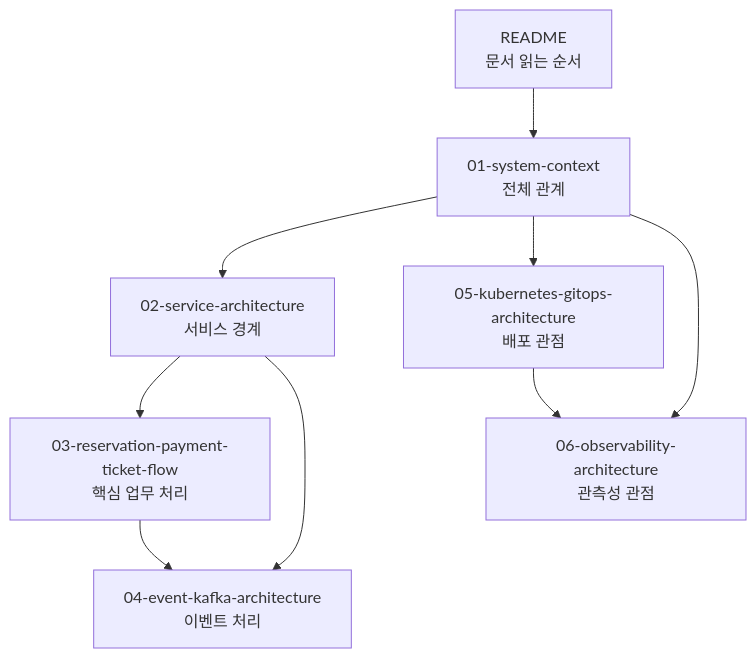
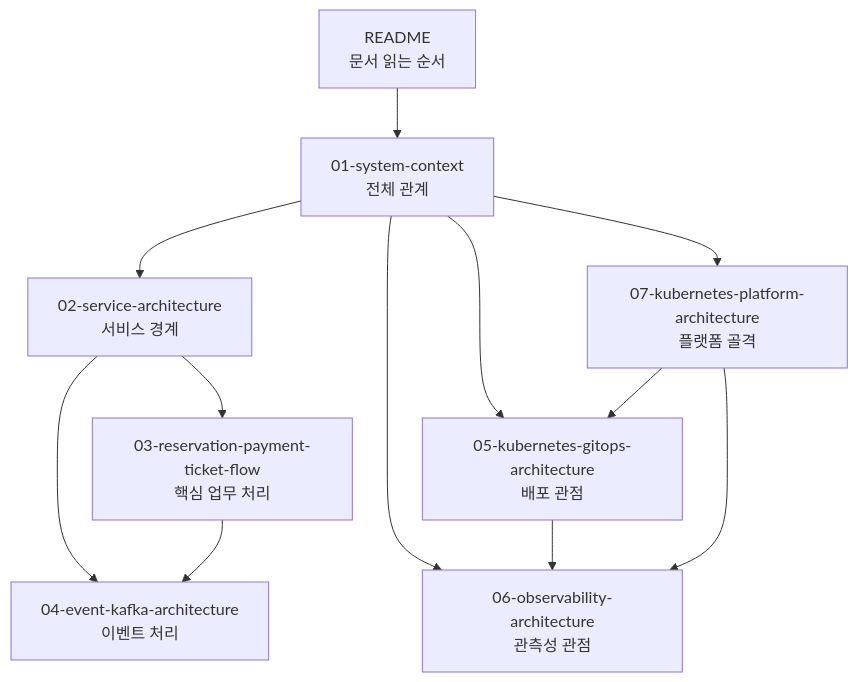
One commit to Medikong/workspaces changed the diagram in docs/architecture/README.md. Above: the diagram before and after it, drawn with Mermaid. The commit also changed other lines of this file and 1 other file, not shown here.

Commit message:
docs: add kubernetes platform architecture

````diff
--- a/docs/architecture/README.md
+++ b/docs/architecture/README.md
@@ -8,11 +8,14 @@
 ```mermaid
 flowchart TD
     Intro["README<br/>문서 읽는 순서"] --> Context["01-system-context<br/>전체 관계"]
     Context --> Service["02-service-architecture<br/>서비스 경계"]
     Service --> Flow["03-reservation-payment-ticket-flow<br/>핵심 업무 처리"]
     Service --> Event["04-event-kafka-architecture<br/>이벤트 처리"]
     Context --> GitOps["05-kubernetes-gitops-architecture<br/>배포 관점"]
     Context --> Observability["06-observability-architecture<br/>관측성 관점"]
+    Context --> Platform["07-kubernetes-platform-architecture<br/>플랫폼 골격"]
     Flow --> Event
     GitOps --> Observability
+    Platform --> GitOps
+    Platform --> Observability
 ```
````
